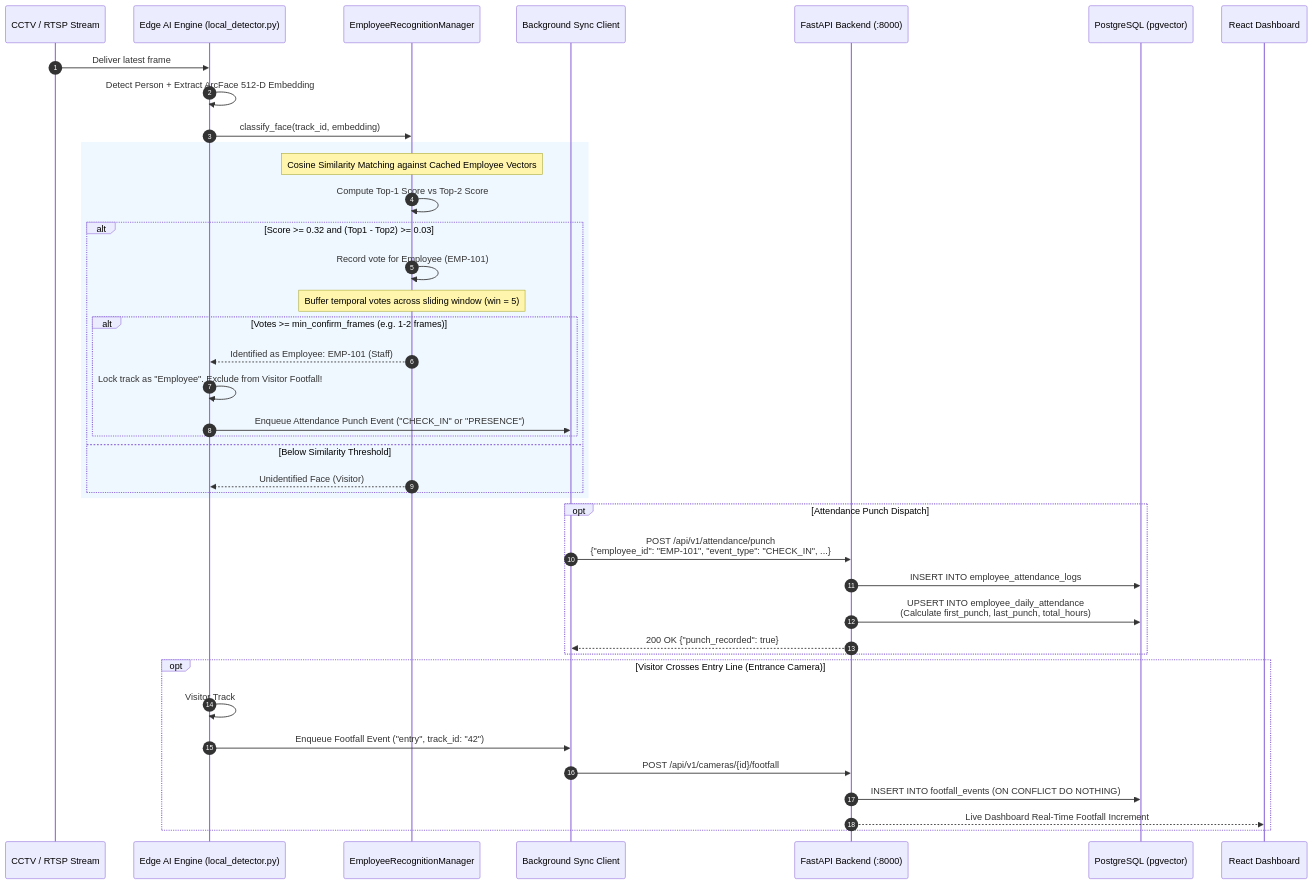
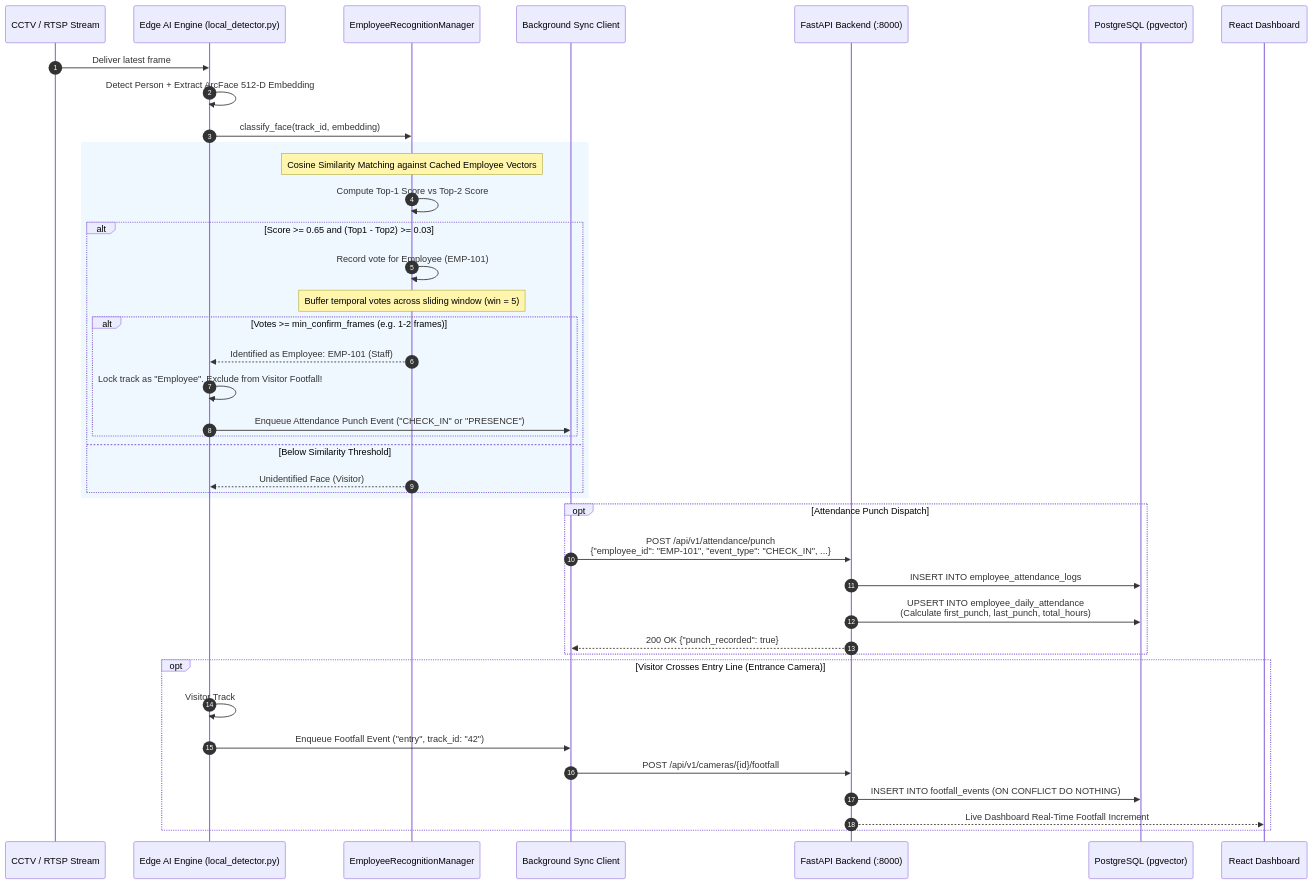
The second of 9 diagrams in flow.md (sujitctpl/jms-tech), drawn with Mermaid before and after one commit. The commit also changed other lines of this file and 82 other files, not shown here.

````diff
--- a/flow.md
+++ b/flow.md
@@ -115,46 +155,46 @@
 ```mermaid
 sequenceDiagram
     autonumber
     participant Cam as CCTV / RTSP Stream
     participant Edge as Edge AI Engine (local_detector.py)
     participant Classifier as EmployeeRecognitionManager
     participant Sync as Background Sync Client
     participant API as FastAPI Backend (:8000)
     participant DB as PostgreSQL (pgvector)
     participant UI as React Dashboard
 
     Cam->>Edge: Deliver latest frame
     Edge->>Edge: Detect Person + Extract ArcFace 512-D Embedding
     Edge->>Classifier: classify_face(track_id, embedding)
     
     rect rgb(240, 248, 255)
     Note over Classifier: Cosine Similarity Matching against Cached Employee Vectors
     Classifier->>Classifier: Compute Top-1 Score vs Top-2 Score
-    alt Score >= 0.32 and (Top1 - Top2) >= 0.03
+    alt Score >= 0.65 and (Top1 - Top2) >= 0.03
         Classifier->>Classifier: Record vote for Employee (EMP-101)
         Note over Classifier: Buffer temporal votes across sliding window (win = 5)
         alt Votes >= min_confirm_frames (e.g. 1-2 frames)
             Classifier-->>Edge: Identified as Employee: EMP-101 (Staff)
             Edge->>Edge: Lock track as "Employee". Exclude from Visitor Footfall!
             Edge->>Sync: Enqueue Attendance Punch Event ("CHECK_IN" or "PRESENCE")
         end
     else Below Similarity Threshold
         Classifier-->>Edge: Unidentified Face (Visitor)
     end
     end
 
     opt Attendance Punch Dispatch
         Sync->>API: POST /api/v1/attendance/punch<br/>{"employee_id": "EMP-101", "event_type": "CHECK_IN", ...}
         API->>DB: INSERT INTO employee_attendance_logs
         API->>DB: UPSERT INTO employee_daily_attendance<br/>(Calculate first_punch, last_punch, total_hours)
         API-->>Sync: 200 OK {"punch_recorded": true}
     end
 
     opt Visitor Crosses Entry Line (Entrance Camera)
         Edge->>Edge: Visitor Track #42 crosses virtual line
         Edge->>Sync: Enqueue Footfall Event ("entry", track_id: "42")
         Sync->>API: POST /api/v1/cameras/{id}/footfall
         API->>DB: INSERT INTO footfall_events (ON CONFLICT DO NOTHING)
         API-->>UI: Live Dashboard Real-Time Footfall Increment
     end
 ```
````
